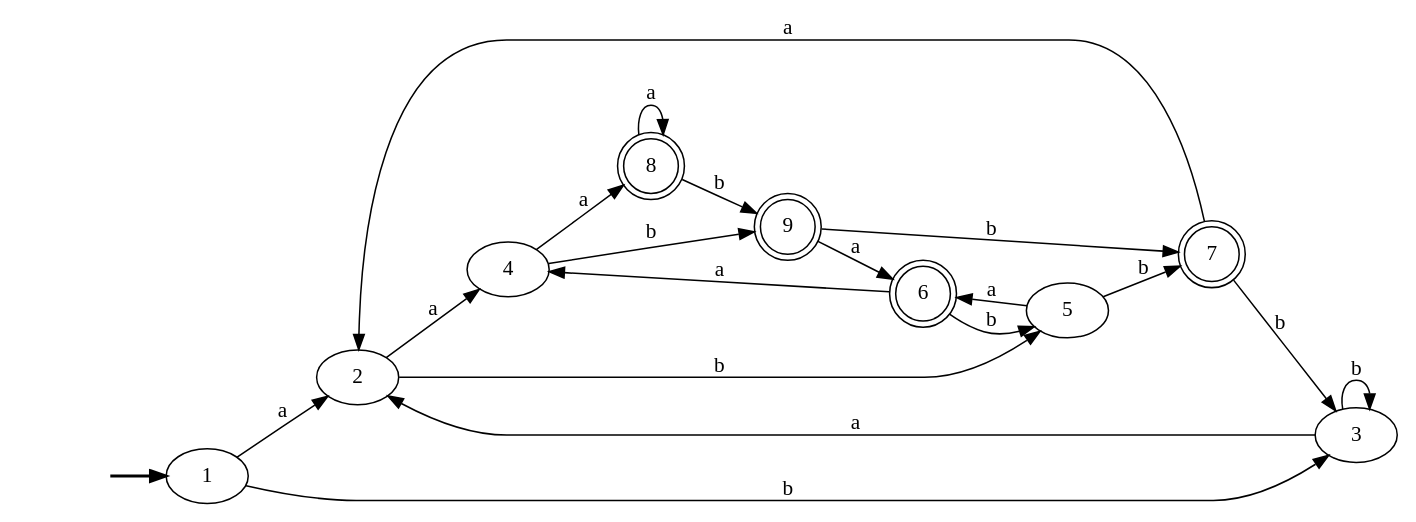
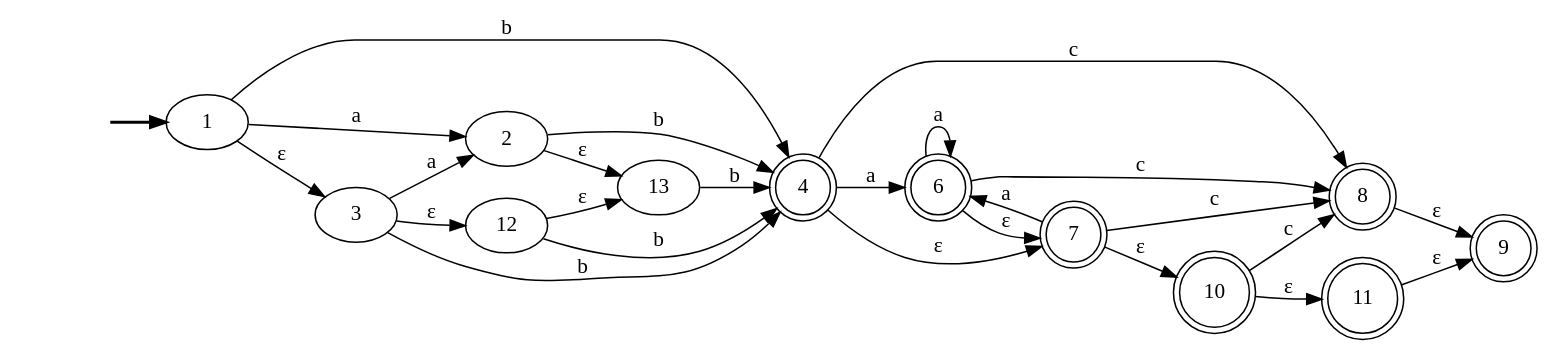
The diagram in Pre-laboratorio B/AFNtoAFD#5PreLabB.gv (bar20807/CompiladorProyect), drawn with Graphviz before and after one commit. The commit also changed 9 other files, not shown here.

```diff
--- a/Pre-laboratorio B/AFNtoAFD#5PreLabB.gv
+++ b/Pre-laboratorio B/AFNtoAFD#5PreLabB.gv
@@ -1,40 +1,52 @@
 digraph "AFNtoAFD#5PreLabB" {
 	graph [rankdir=LR]
 	fake [style=invisible]
 	fake -> 1 [style=bold]
 	1 [root=true]
 	2
 	1 -> 2 [label=a]
 	3
-	1 -> 3 [label=b]
+	1 -> 3 [label="ε"]
+	4 [shape=doublecircle]
+	1 -> 4 [label=b]
 	2
-	4
-	2 -> 4 [label=a]
-	5
-	2 -> 5 [label=b]
+	13
+	2 -> 13 [label="ε"]
+	2 -> 4 [label=b]
 	3
 	3 -> 2 [label=a]
-	3 -> 3 [label=b]
-	4
+	12
+	3 -> 12 [label="ε"]
+	3 -> 4 [label=b]
+	4 [shape=doublecircle]
+	6 [shape=doublecircle]
+	4 -> 6 [label=a]
+	7 [shape=doublecircle]
+	4 -> 7 [label="ε"]
 	8 [shape=doublecircle]
-	4 -> 8 [label=a]
+	4 -> 8 [label=c]
+	13
+	13 -> 4 [label=b]
+	12
+	12 -> 13 [label="ε"]
+	12 -> 4 [label=b]
+	6 [shape=doublecircle]
+	6 -> 6 [label=a]
+	6 -> 7 [label="ε"]
+	6 -> 8 [label=c]
+	7 [shape=doublecircle]
+	7 -> 6 [label=a]
+	10 [shape=doublecircle]
+	7 -> 10 [label="ε"]
+	7 -> 8 [label=c]
+	8 [shape=doublecircle]
 	9 [shape=doublecircle]
-	4 -> 9 [label=b]
-	5
-	6 [shape=doublecircle]
-	5 -> 6 [label=a]
-	7 [shape=doublecircle]
-	5 -> 7 [label=b]
-	8 [shape=doublecircle]
-	8 -> 8 [label=a]
-	8 -> 9 [label=b]
+	8 -> 9 [label="ε"]
+	10 [shape=doublecircle]
+	11 [shape=doublecircle]
+	10 -> 11 [label="ε"]
+	10 -> 8 [label=c]
 	9 [shape=doublecircle]
-	9 -> 6 [label=a]
-	9 -> 7 [label=b]
-	6 [shape=doublecircle]
-	6 -> 4 [label=a]
-	6 -> 5 [label=b]
-	7 [shape=doublecircle]
-	7 -> 2 [label=a]
-	7 -> 3 [label=b]
+	11 [shape=doublecircle]
+	11 -> 9 [label="ε"]
 }
```
